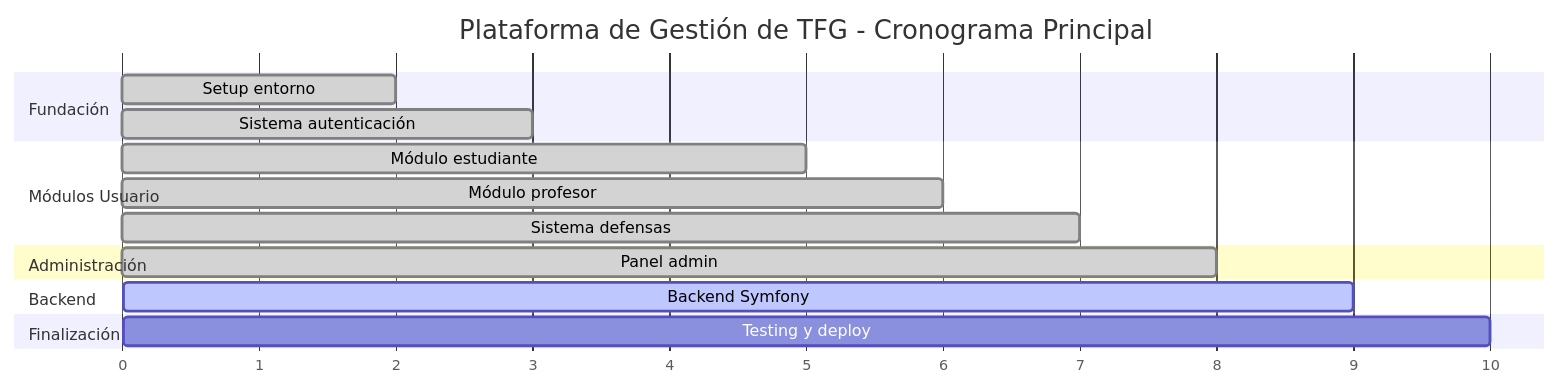
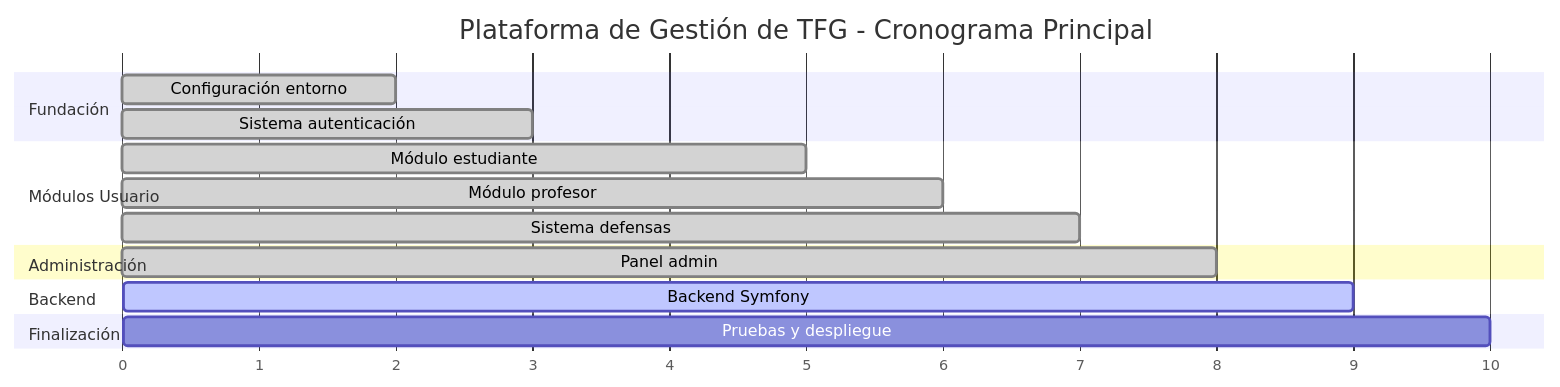
One commit to JuanmaCenteno/PlataformaTFG changed the diagram in docs/03_planificacion.md. Above: the diagram before and after it, drawn with Mermaid. The commit also changed 4 other files, not shown here.

````diff
--- a/docs/03_planificacion.md
+++ b/docs/03_planificacion.md
@@ -311,24 +311,24 @@
 ```mermaid
 gantt
     title Plataforma de Gestión de TFG - Cronograma Principal
     dateFormat  X
     axisFormat %s
     
     section Fundación
-    Setup entorno          :done, setup, 0, 2
+    Configuración entorno   :done, setup, 0, 2
     Sistema autenticación   :done, auth, 1, 3
     
     section Módulos Usuario
     Módulo estudiante       :done, student, 2, 5
     Módulo profesor         :done, teacher, 3, 6
     Sistema defensas        :done, defense, 4, 7
     
     section Administración
     Panel admin             :done, admin, 5, 8
     
     section Backend
     Backend Symfony         :active, backend, 6, 9
     
     section Finalización
-    Testing y deploy        :deploy, 8, 10
+    Pruebas y despliegue    :deploy, 8, 10
 ```
````
